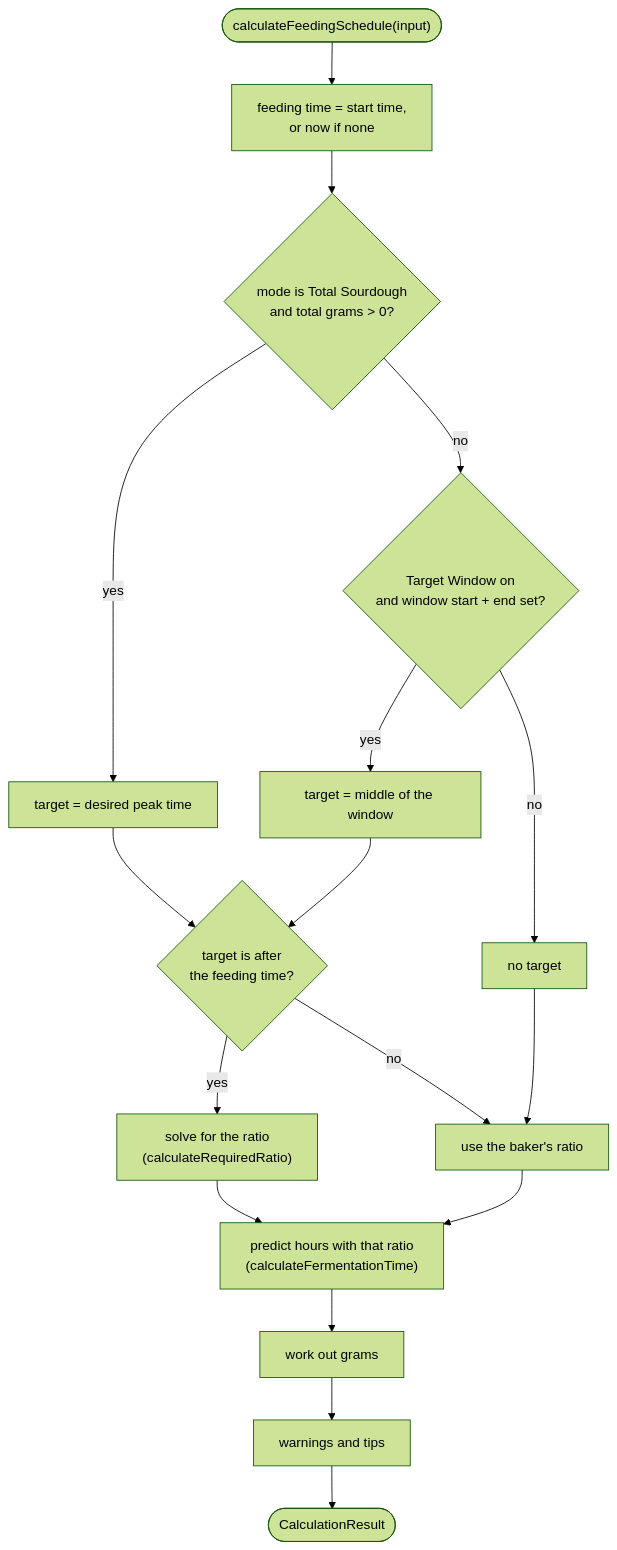
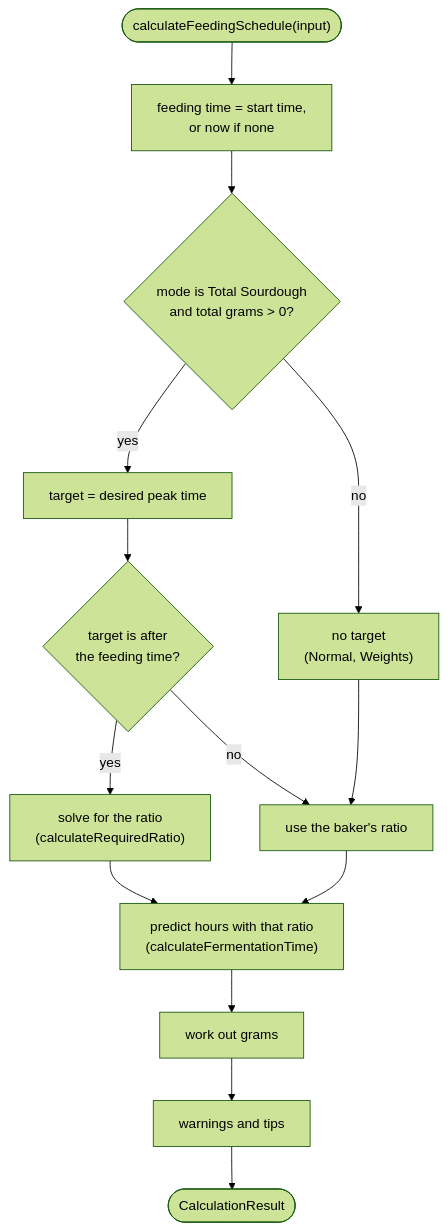
The first of 3 diagrams in docs/calculation-modes.md (bendfeldt/sourdoughpeakplanner-ff7502f5), drawn with Mermaid (forest theme) before and after one commit. The commit also changed other lines of this file and 15 other files, not shown here.

First line of the commit message:
Replace Target Window mode with Weights mode

````diff
--- a/docs/calculation-modes.md
+++ b/docs/calculation-modes.md
@@ -17,26 +17,22 @@
 ```mermaid
 flowchart TD
     start(["calculateFeedingSchedule(input)"])
     ft["feeding time = start time,<br/>or now if none"]
     isTotal{"mode is Total Sourdough<br/>and total grams > 0?"}
-    isWindow{"Target Window on<br/>and window start + end set?"}
     tTotal["target = desired peak time"]
-    tWindow["target = middle of the window"]
-    tNone["no target"]
+    tNone["no target<br/>(Normal, Weights)"]
     future{"target is after<br/>the feeding time?"}
     solve["solve for the ratio<br/>(calculateRequiredRatio)"]
     keep["use the baker's ratio"]
     predict["predict hours with that ratio<br/>(calculateFermentationTime)"]
     amounts["work out grams"]
     checks["warnings and tips"]
     result(["CalculationResult"])
 
     start --> ft --> isTotal
     isTotal -- yes --> tTotal --> future
-    isTotal -- no --> isWindow
-    isWindow -- yes --> tWindow --> future
-    isWindow -- no --> tNone --> keep
+    isTotal -- no --> tNone --> keep
     future -- yes --> solve --> predict
     future -- no --> keep --> predict
     predict --> amounts --> checks --> result
 ```
````
